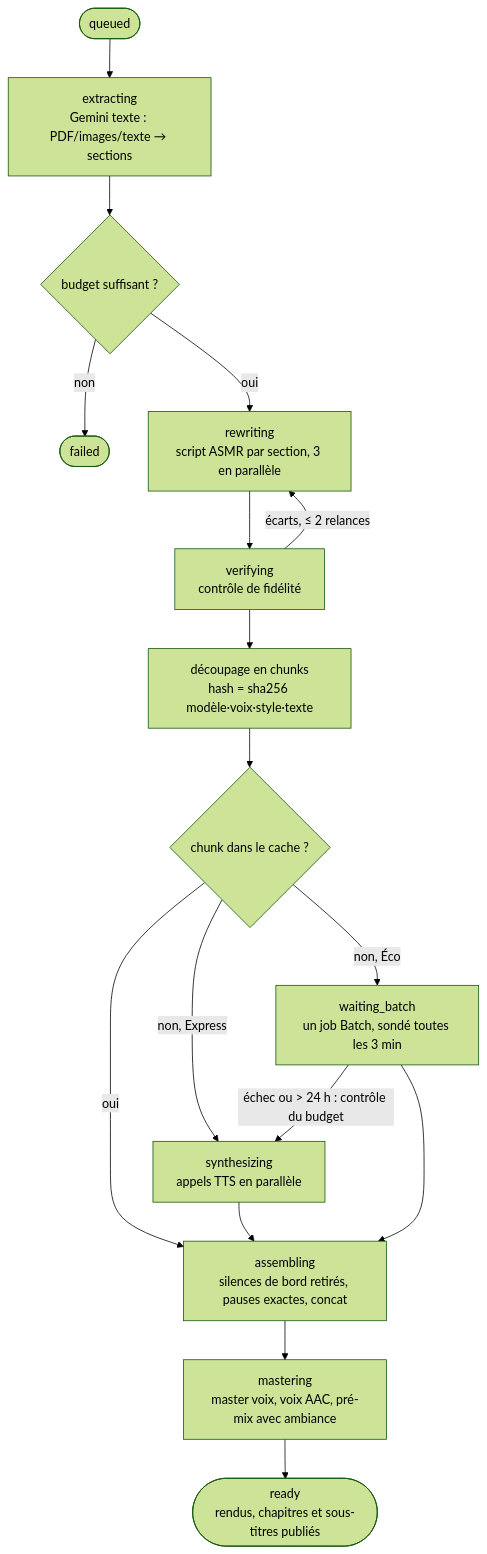
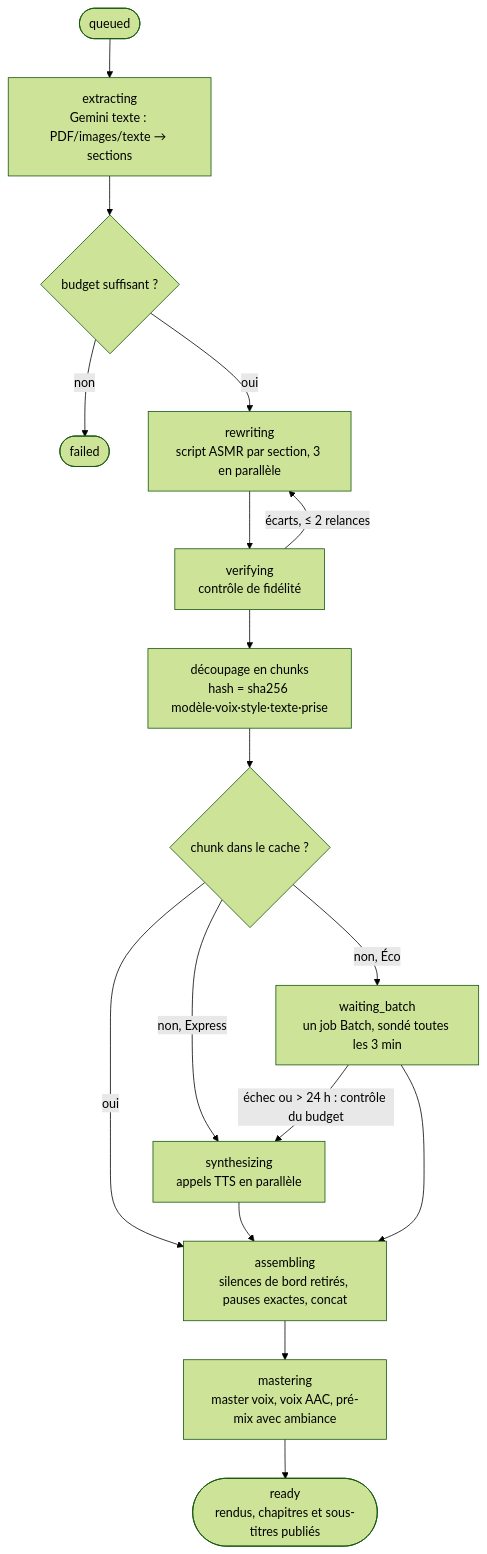
The second of 3 diagrams in docs/ARCHITECTURE.md (AssalHugo/asmr-cours), drawn with Mermaid (forest theme) before and after one commit. The commit also changed other lines of this file and 42 other files, not shown here.

````diff
--- a/docs/ARCHITECTURE.md
+++ b/docs/ARCHITECTURE.md
@@ -28,19 +28,19 @@
 ```mermaid
 flowchart TD
   Q([queued]) --> E[extracting<br/>Gemini texte : PDF/images/texte → sections]
   E --> BU{budget suffisant ?}
   BU -- non --> F([failed])
   BU -- oui --> RW[rewriting<br/>script ASMR par section, 3 en parallèle]
   RW --> V[verifying<br/>contrôle de fidélité]
   V -- "écarts, ≤ 2 relances" --> RW
-  V --> C[découpage en chunks<br/>hash = sha256 modèle·voix·style·texte]
+  V --> C[découpage en chunks<br/>hash = sha256 modèle·voix·style·texte·prise]
   C --> K{chunk dans le cache ?}
   K -- oui --> A
   K -- "non, Express" --> ST[synthesizing<br/>appels TTS en parallèle]
   K -- "non, Éco" --> WB[waiting_batch<br/>un job Batch, sondé toutes les 3 min]
   WB -- "échec ou > 24 h : contrôle du budget" --> ST
   ST --> A[assembling<br/>silences de bord retirés, pauses exactes, concat]
   WB --> A
   A --> M[mastering<br/>master voix, voix AAC, pré-mix avec ambiance]
   M --> P([ready<br/>rendus, chapitres et sous-titres publiés])
 ```
````
